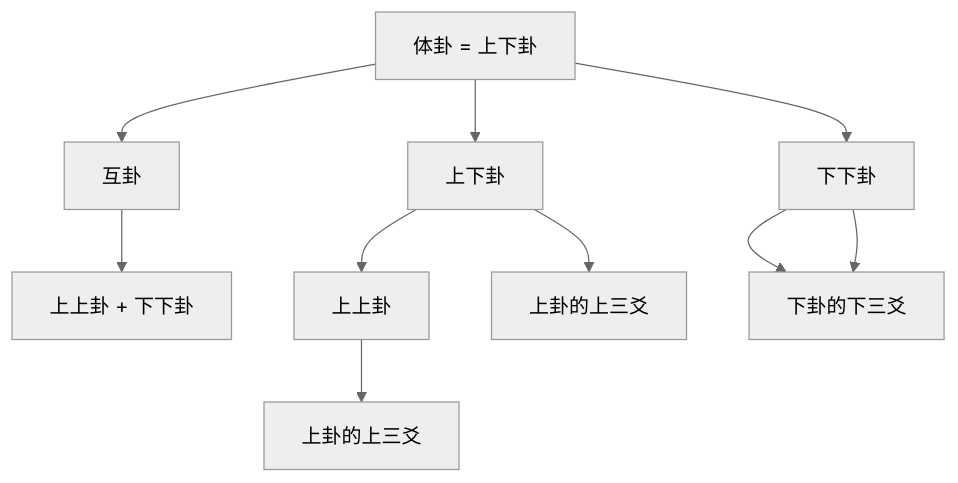
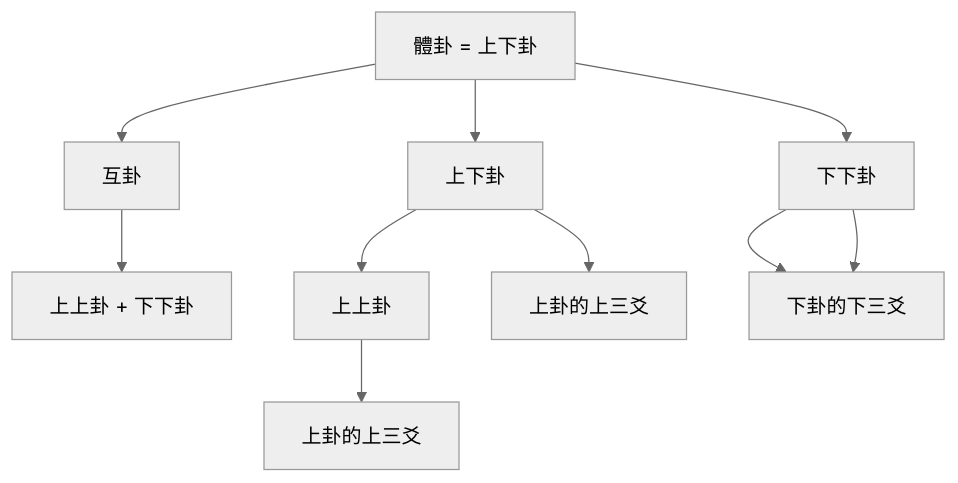
The sixth of 13 diagrams in 3 Resources/04-Interests/易学/03-占卜方法/梅花易数入门.md (kmjade/knowledge-value), drawn with Mermaid (neutral theme) before and after one commit. The commit also changed other lines of this file and 49 other files, not shown here.

````diff
--- a/3 Resources/04-Interests/易学/03-占卜方法/梅花易数入门.md
+++ b/3 Resources/04-Interests/易学/03-占卜方法/梅花易数入门.md
@@ -207,15 +207,15 @@
 ```mermaid
 graph TB
-    A[体卦 = 上下卦] --> B[互卦]
+    A[體卦 = 上下卦] --> B[互卦]
     
     A --> C[上下卦] --> D[上上卦]
     A --> E[下下卦]
     
     B --> B1[上上卦 + 下下卦]
     
     C --> C1[上卦的上三爻]
     E --> E1[下卦的下三爻]
     
     D --> D1[上卦的上三爻]
     E --> E1[下卦的下三爻]
 ```
````
